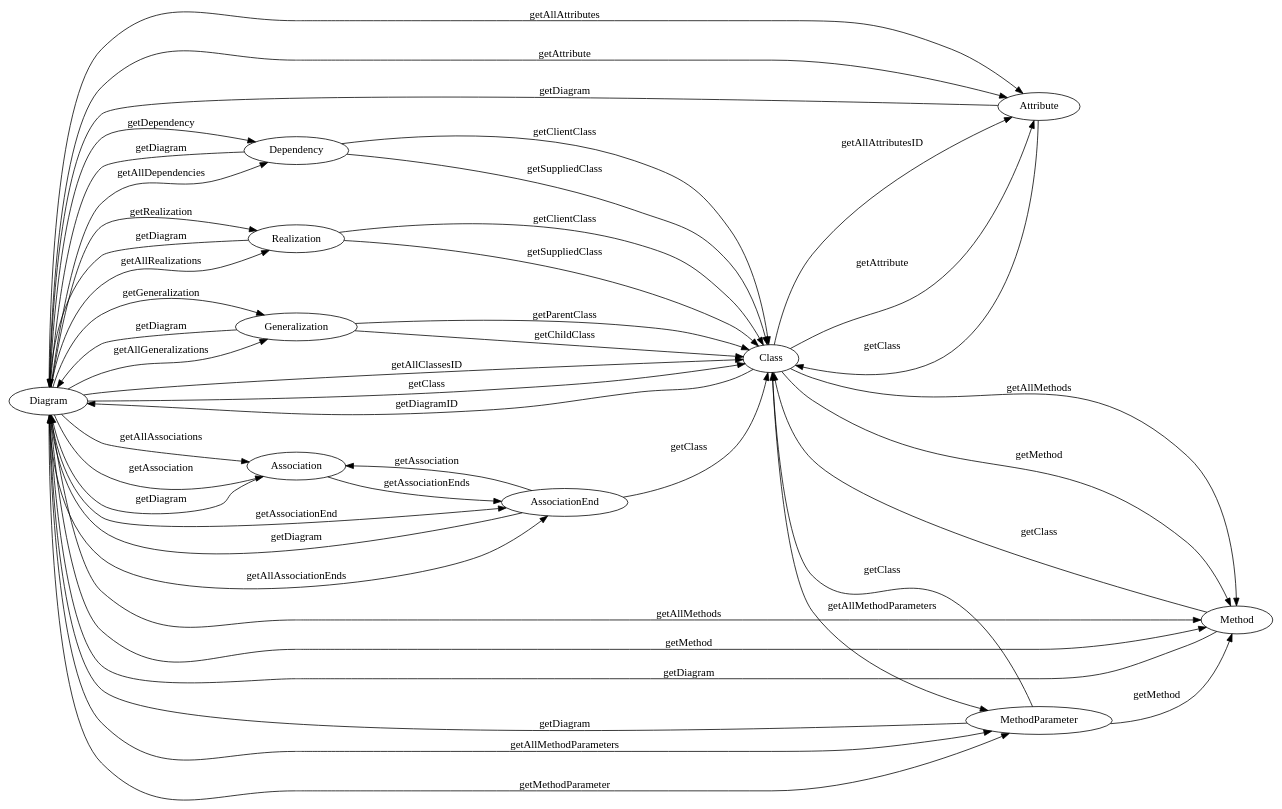
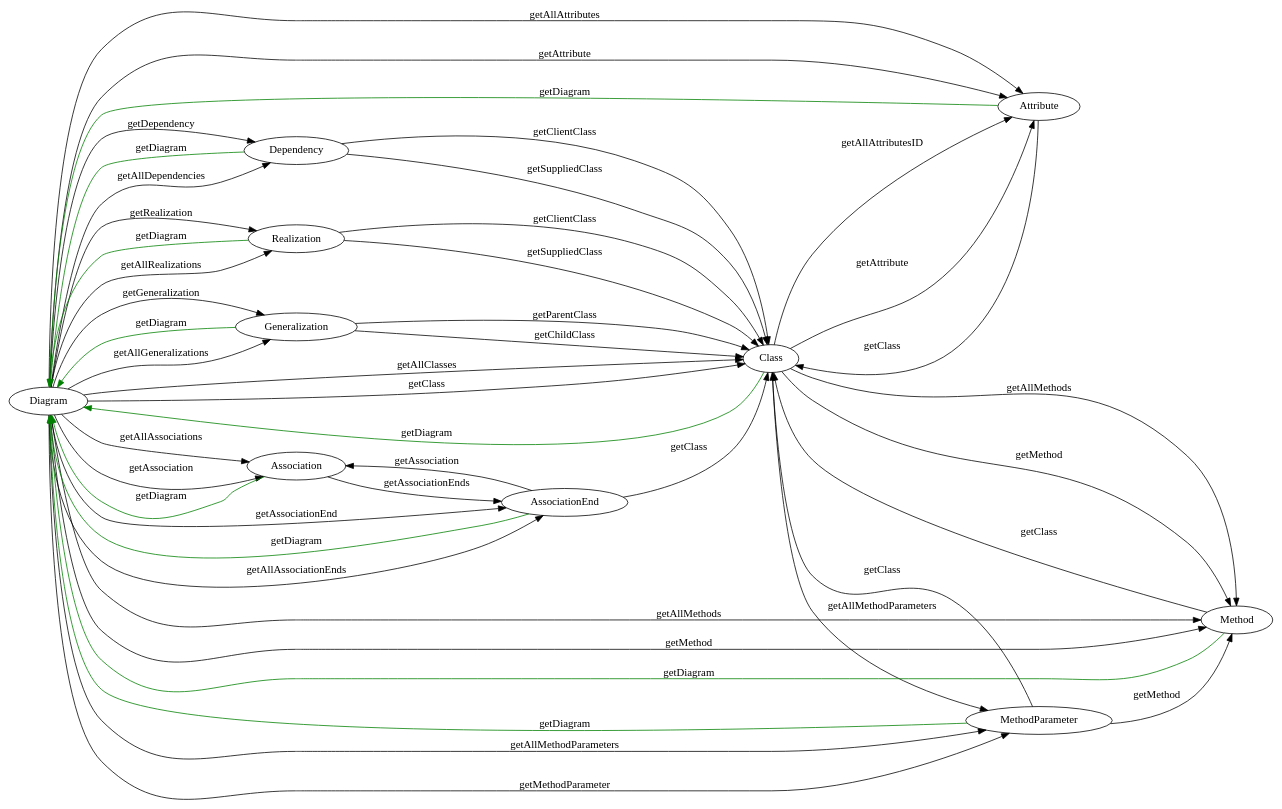
Before and after one commit to sbucaille/restlindholmen: the diagram in pathModelisation.dot, drawn with Graphviz. The commit also changed 6 other files, not shown here.

First line of the commit message:
- Created all paths that leads to Diagram entity from other entities ("/api/diagram/fromXXXXX" url). - Updated pathModelisation.dot model : green line means that path has been created and fit to the RestAPI files. - Updated diagram reference from "classdiagram" to "diagram".

```diff
--- a/pathModelisation.dot
+++ b/pathModelisation.dot
@@ -1,68 +1,70 @@
 digraph Automaton {
 rankdir = LR
 0 [label = "Diagram"];
 1 [label = "Class"];
 2 [label = "Attribute"];
 3 [label = "Method"];
 4 [label = "MethodParameter"];
 5 [label = "Association"];
 6 [label = "AssociationEnd"];
 7 [label = "Dependency"];
 8 [label = "Realization"];
 9 [label = "Generalization"];
 
-0 -> 1 [label = "getAllClassesID"]
+1 -> 0 [label = "getDiagram" color="green"]
+2 -> 0 [label = "getDiagram" color="green"]
+3 -> 0 [label = "getDiagram" color="green"]
+4 -> 0 [label = "getDiagram" color="green"]
+5 -> 0 [label = "getDiagram" color="green"]
+6 -> 0 [label = "getDiagram" color="green"]
+7 -> 0 [label = "getDiagram" color="green"]
+8 -> 0 [label = "getDiagram" color="green"]
+9 -> 0 [label = "getDiagram" color="green"]
+
+
+0 -> 1 [label = "getAllClasses"]
 0 -> 1 [label = "getClass"]
 0 -> 2 [label = "getAllAttributes"]
 0 -> 2 [label = "getAttribute"]
 0 -> 3 [label = "getAllMethods"]
 0 -> 3 [label = "getMethod"]
 0 -> 4 [label = "getAllMethodParameters"]
 0 -> 4 [label = "getMethodParameter"]
 0 -> 5 [label = "getAllAssociations"]
 0 -> 5 [label = "getAssociation"]
 0 -> 6 [label = "getAllAssociationEnds"]
 0 -> 6 [label = "getAssociationEnd"]
 0 -> 7 [label = "getAllDependencies"]
 0 -> 7 [label = "getDependency"]
 0 -> 8 [label = "getAllRealizations"]
 0 -> 8 [label = "getRealization"]
 0 -> 9 [label = "getAllGeneralizations"]
 0 -> 9 [label = "getGeneralization"]
 
-1 -> 0 [label = "getDiagramID"]
 1 -> 2 [label = "getAllAttributesID"]
 1 -> 2 [label = "getAttribute"]
 1 -> 3 [label = "getAllMethods"]
 1 -> 3 [label = "getMethod"]
 1 -> 4 [label = "getAllMethodParameters"]
 
-2 -> 0 [label = "getDiagram"]
 2 -> 1 [label = "getClass"]
 
-3 -> 0 [label = "getDiagram"]
 3 -> 1 [label = "getClass"]
 
-4 -> 0 [label = "getDiagram"]
 4 -> 1 [label = "getClass"]
 4 -> 3 [label = "getMethod"]
 
-5 -> 0 [label = "getDiagram"]
 5 -> 6 [label = "getAssociationEnds"]
 
-6 -> 0 [label = "getDiagram"]
 6 -> 5 [label = "getAssociation"]
 6 -> 1 [label = "getClass"]
 
-7 -> 0 [label = "getDiagram"]
 7 -> 1 [label = "getSuppliedClass"]
 7 -> 1 [label = "getClientClass"]
 
-8 -> 0 [label = "getDiagram"]
 8 -> 1 [label = "getSuppliedClass"]
 8 -> 1 [label = "getClientClass"]
 
-9 -> 0 [label = "getDiagram"]
 9 -> 1 [label = "getChildClass"]
 9 -> 1 [label = "getParentClass"]
 }
```
